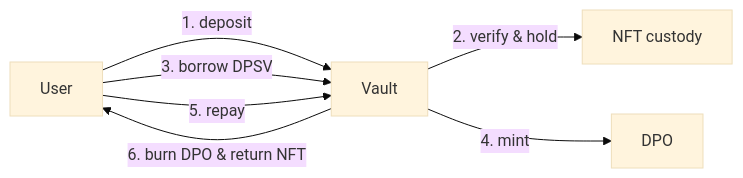
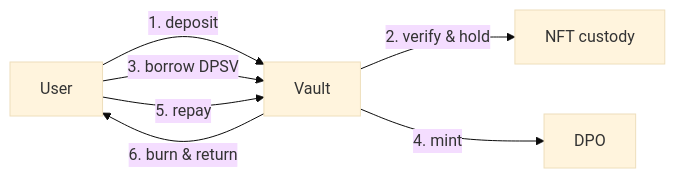
One commit to devprosvn/mosaical-v2 changed the fourth of 8 diagrams in README.md. Above: the diagram before and after it, drawn with Mermaid (base theme).

````diff
--- a/README.md
+++ b/README.md
@@ -84,9 +84,9 @@
 ```mermaid
 flowchart LR
-  User --1. deposit--> Vault
-  Vault --2. verify & hold--> NFT[NFT custody]
-  User --3. borrow DPSV--> Vault
-  Vault --4. mint--> DPO
-  User --5. repay--> Vault
-  Vault --6. burn DPO & return NFT--> User
+  User -->|"1. deposit"| Vault
+  Vault -->|"2. verify & hold"| NFT[NFT custody]
+  User -->|"3. borrow DPSV"| Vault
+  Vault -->|"4. mint"| DPO
+  User -->|"5. repay"| Vault
+  Vault -->|"6. burn & return"| User
 ```
````
